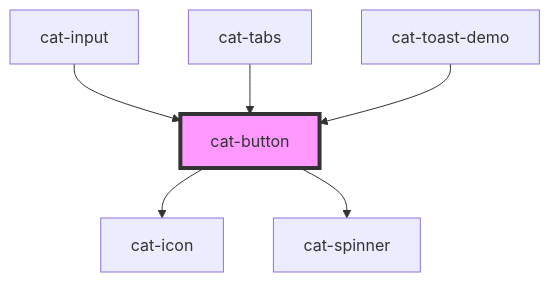
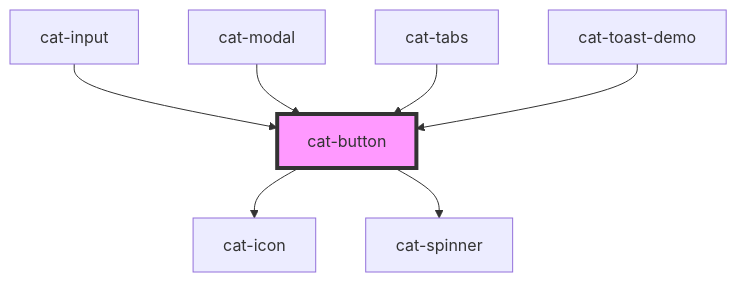
One commit to haiilo/catalyst changed the diagram in core/src/components/cat-button/readme.md. Above: the diagram before and after it, drawn with Mermaid. The commit also changed other lines of this file and 1 other file, not shown here.

Commit message:
feat(core): update docs and test

````diff
--- a/core/src/components/cat-button/readme.md
+++ b/core/src/components/cat-button/readme.md
@@ -76,9 +77,10 @@
 ```mermaid
 graph TD;
   cat-button --> cat-icon
   cat-button --> cat-spinner
   cat-input --> cat-button
+  cat-modal --> cat-button
   cat-tabs --> cat-button
   cat-toast-demo --> cat-button
   style cat-button fill:#f9f,stroke:#333,stroke-width:4px
 ```
````
